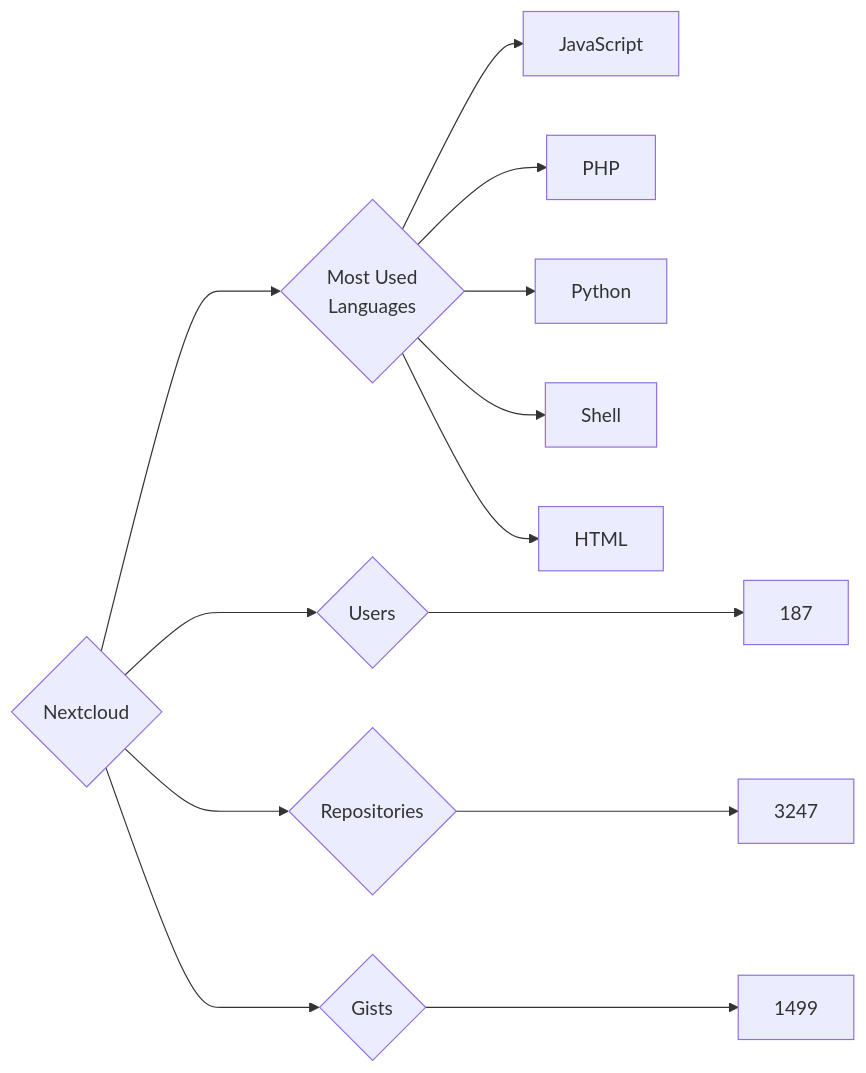
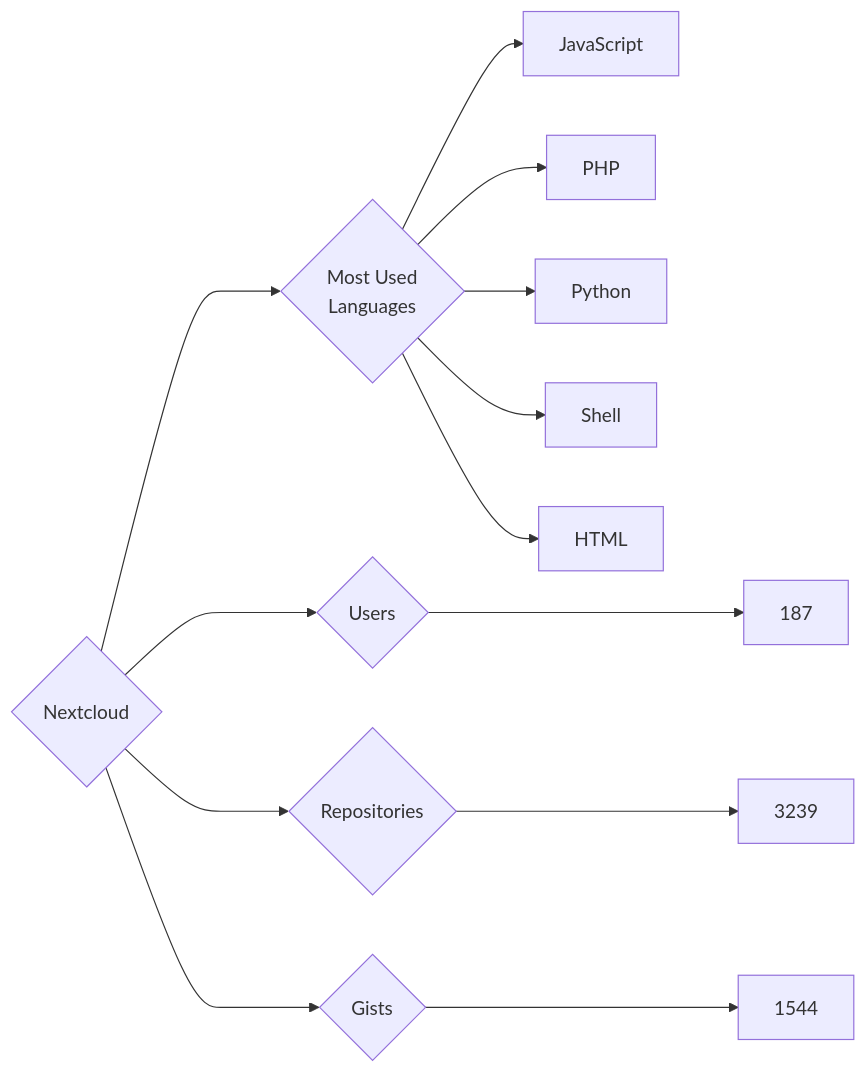
Before and after one commit to trickest/insiders: the diagram in targets/Nextcloud/README.md, drawn with Mermaid. The commit also changed 1011 other files, not shown here.

````diff
--- a/targets/Nextcloud/README.md
+++ b/targets/Nextcloud/README.md
@@ -3,13 +3,13 @@
 ```mermaid
 graph LR
 COMPANY_NAME{Nextcloud}
 COMPANY_NAME ---> U{Users} ---> UN[187]
-COMPANY_NAME ---> R{Repositories} ---> RN[3247]
-COMPANY_NAME ---> G{Gists} ---> GN[1499]
+COMPANY_NAME ---> R{Repositories} ---> RN[3239]
+COMPANY_NAME ---> G{Gists} ---> GN[1544]
 COMPANY_NAME ---> ML{Most Used<br>Languages}
 ML --> JavaScript[JavaScript]
 ML --> PHP[PHP]
 ML --> Python[Python]
 ML --> Shell[Shell]
 ML --> HTML[HTML]
 ```
````
